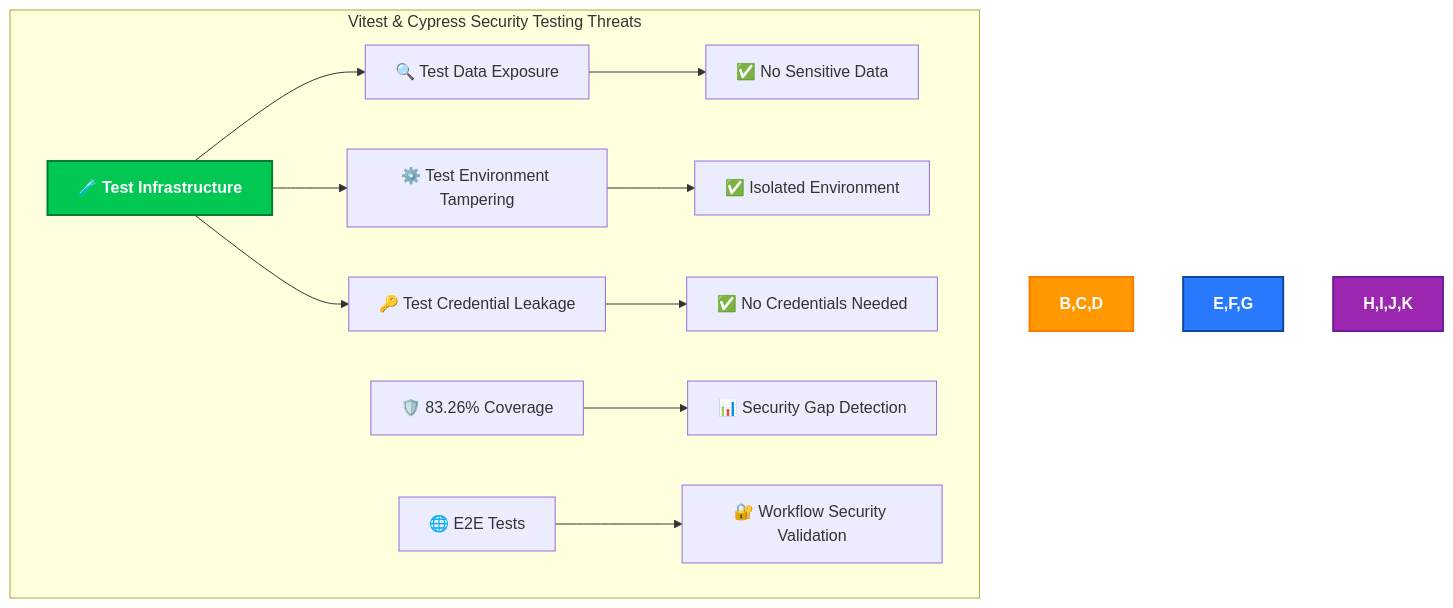
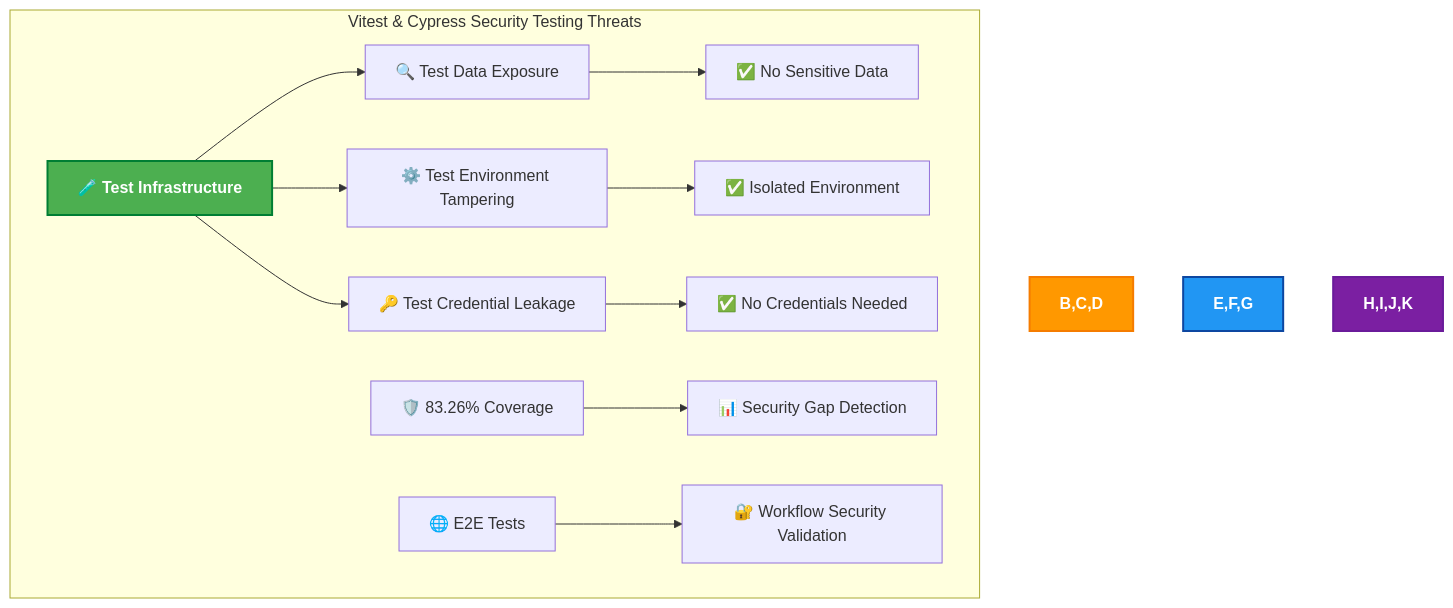
The seventh of 15 diagrams in docs/architecture/THREAT_MODEL.md (step-security-bot/cia-compliance-manager), drawn with Mermaid before and after one commit. The commit also changed other lines of this file and 27 other files, not shown here.

First line of the commit message:
fix: resolve broken mermaid diagrams and improve color coding to match ISMS style guide (#1106)

````diff
--- a/docs/architecture/THREAT_MODEL.md
+++ b/docs/architecture/THREAT_MODEL.md
@@ -493,20 +450,20 @@
 ```mermaid
 flowchart TD
     subgraph "Vitest & Cypress Security Testing Threats"
         A[🧪 Test Infrastructure] --> B[🔍 Test Data Exposure]
         A --> C[⚙️ Test Environment Tampering]
         A --> D[🔑 Test Credential Leakage]
         
         B --> E[✅ No Sensitive Data]
         C --> F[✅ Isolated Environment]
         D --> G[✅ No Credentials Needed]
         
         H[🛡️ 83.26% Coverage] --> I[📊 Security Gap Detection]
         J[🌐 E2E Tests] --> K[🔐 Workflow Security Validation]
     end
 
-    style A fill:#00C853,stroke:#007E33,stroke-width:2px,color:white,font-weight:bold
+    style A fill:#4CAF50,stroke:#007E33,stroke-width:2px,color:white,font-weight:bold
     style B,C,D fill:#FF9800,stroke:#F57C00,stroke-width:2px,color:white,font-weight:bold
-    style E,F,G fill:#2979FF,stroke:#0D47A1,stroke-width:2px,color:white,font-weight:bold
-    style H,I,J,K fill:#9C27B0,stroke:#6A1B9A,stroke-width:2px,color:white,font-weight:bold
+    style E,F,G fill:#2196F3,stroke:#0D47A1,stroke-width:2px,color:white,font-weight:bold
+    style H,I,J,K fill:#7B1FA2,stroke:#6A1B9A,stroke-width:2px,color:white,font-weight:bold
 ```
````
